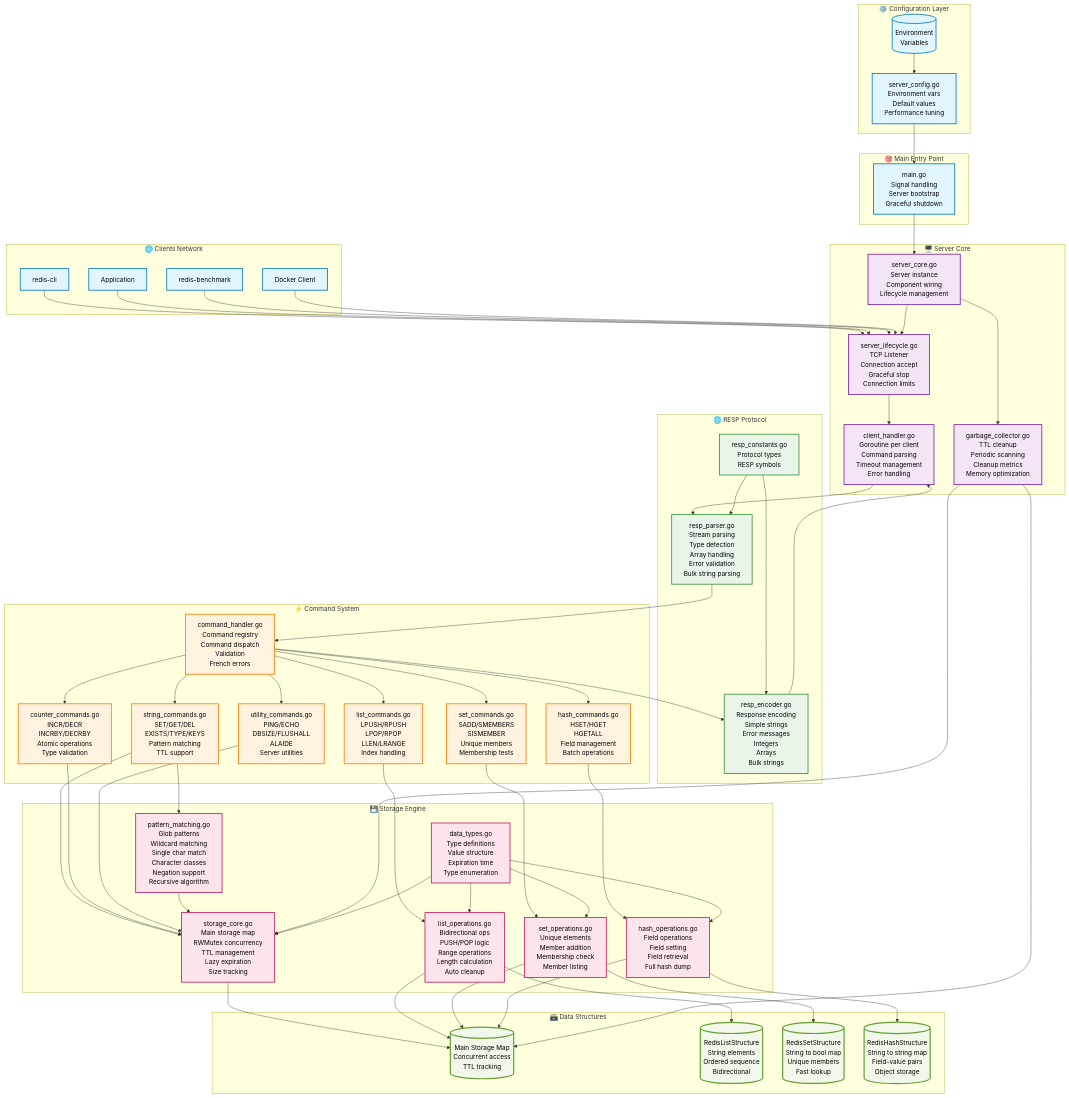
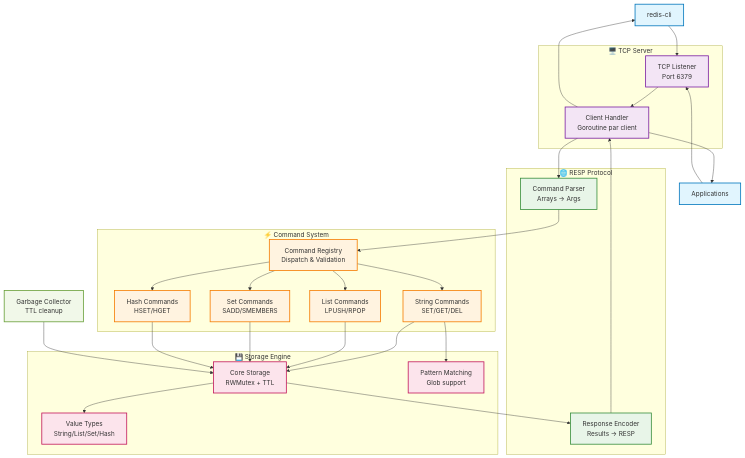
The diagram in README.md (grdnvictor/redis-test), drawn with Mermaid before and after one commit. The commit also changed other lines of this file, not shown here.

````diff
--- a/README.md
+++ b/README.md
@@ -127,164 +74,79 @@
 ```mermaid
 graph TB
-    %% === CLIENTS ET ENTREE ===
-    subgraph "🌐 Clients Network"
-        CLI[redis-cli]
-        APP[Application]
-        BENCH[redis-benchmark]
-        DOCKER[Docker Client]
+    %% Clients
+    CLI[redis-cli]
+    APP[Applications]
+    
+    %% Serveur principal
+    subgraph "🖥️ TCP Server"
+        LISTENER[TCP Listener<br/>Port 6379]
+        HANDLER[Client Handler<br/>Goroutine par client]
     end
     
-    %% === POINT D'ENTREE ===
-    subgraph "🎯 Main Entry Point"
-        MAIN["main.go<br/>Signal handling<br/>Server bootstrap<br/>Graceful shutdown"]
+    %% Protocole
+    subgraph "🌐 RESP Protocol"
+        PARSER[Command Parser<br/>Arrays → Args]
+        ENCODER[Response Encoder<br/>Results → RESP]
     end
     
-    %% === CONFIGURATION ===
-    subgraph "⚙️ Configuration Layer"
-        CONFIG["server_config.go<br/>Environment vars<br/>Default values<br/>Performance tuning"]
-        ENV[("Environment<br/>Variables")]
+    %% Commandes
+    subgraph "⚡ Command System"
+        REGISTRY[Command Registry<br/>Dispatch & Validation]
+        STRING_CMD[String Commands<br/>SET/GET/DEL]
+        LIST_CMD[List Commands<br/>LPUSH/RPOP]
+        SET_CMD[Set Commands<br/>SADD/SMEMBERS]
+        HASH_CMD[Hash Commands<br/>HSET/HGET]
     end
     
-    %% === SERVEUR PRINCIPAL ===
-    subgraph "🖥️ Server Core"
-        CORE["server_core.go<br/>Server instance<br/>Component wiring<br/>Lifecycle management"]
-        
-        LIFECYCLE["server_lifecycle.go<br/>TCP Listener<br/>Connection accept<br/>Graceful stop<br/>Connection limits"]
-        
-        HANDLER["client_handler.go<br/>Goroutine per client<br/>Command parsing<br/>Timeout management<br/>Error handling"]
-        
-        GC["garbage_collector.go<br/>TTL cleanup<br/>Periodic scanning<br/>Cleanup metrics<br/>Memory optimization"]
+    %% Stockage
+    subgraph "💾 Storage Engine"
+        CORE[Core Storage<br/>RWMutex + TTL]
+        DATATYPES[Value Types<br/>String/List/Set/Hash]
+        PATTERN[Pattern Matching<br/>Glob support]
     end
     
-    %% === PROTOCOLE RESP ===
-    subgraph "🌐 RESP Protocol"
-        CONSTANTS["resp_constants.go<br/>Protocol types<br/>RESP symbols"]
-        
-        PARSER["resp_parser.go<br/>Stream parsing<br/>Type detection<br/>Array handling<br/>Error validation<br/>Bulk string parsing"]
-        
-        ENCODER["resp_encoder.go<br/>Response encoding<br/>Simple strings<br/>Error messages<br/>Integers<br/>Arrays<br/>Bulk strings"]
-    end
+    %% Maintenance
+    GC[Garbage Collector<br/>TTL cleanup]
     
-    %% === REGISTRY DE COMMANDES ===
-    subgraph "⚡ Command System"
-        REGISTRY["command_handler.go<br/>Command registry<br/>Command dispatch<br/>Validation<br/>French errors"]
-        
-        STRING_CMD["string_commands.go<br/>SET/GET/DEL<br/>EXISTS/TYPE/KEYS<br/>Pattern matching<br/>TTL support"]
-        
-        COUNTER_CMD["counter_commands.go<br/>INCR/DECR<br/>INCRBY/DECRBY<br/>Atomic operations<br/>Type validation"]
-        
-        LIST_CMD["list_commands.go<br/>LPUSH/RPUSH<br/>LPOP/RPOP<br/>LLEN/LRANGE<br/>Index handling"]
-        
-        SET_CMD["set_commands.go<br/>SADD/SMEMBERS<br/>SISMEMBER<br/>Unique members<br/>Membership tests"]
-        
-        HASH_CMD["hash_commands.go<br/>HSET/HGET<br/>HGETALL<br/>Field management<br/>Batch operations"]
-        
-        UTIL_CMD["utility_commands.go<br/>PING/ECHO<br/>DBSIZE/FLUSHALL<br/>ALAIDE<br/>Server utilities"]
-    end
-    
-    %% === MOTEUR DE STOCKAGE ===
-    subgraph "💾 Storage Engine"
-        CORE_STORAGE["storage_core.go<br/>Main storage map<br/>RWMutex concurrency<br/>TTL management<br/>Lazy expiration<br/>Size tracking"]
-        
-        DATATYPES["data_types.go<br/>Type definitions<br/>Value structure<br/>Expiration time<br/>Type enumeration"]
-        
-        LIST_OPS["list_operations.go<br/>Bidirectional ops<br/>PUSH/POP logic<br/>Range operations<br/>Length calculation<br/>Auto cleanup"]
-        
-        SET_OPS["set_operations.go<br/>Unique elements<br/>Member addition<br/>Membership check<br/>Member listing"]
-        
-        HASH_OPS["hash_operations.go<br/>Field operations<br/>Field setting<br/>Field retrieval<br/>Full hash dump"]
-        
-        PATTERN["pattern_matching.go<br/>Glob patterns<br/>Wildcard matching<br/>Single char match<br/>Character classes<br/>Negation support<br/>Recursive algorithm"]
-    end
-    
-    %% === STRUCTURES DE DONNEES ===
-    subgraph "🗃️ Data Structures"
-        STORAGE_MAP[("Main Storage Map<br/>Concurrent access<br/>TTL tracking")]
-        
-        REDIS_LIST[("RedisListStructure<br/>String elements<br/>Ordered sequence<br/>Bidirectional")]
-        
-        REDIS_SET[("RedisSetStructure<br/>String to bool map<br/>Unique members<br/>Fast lookup")]
-        
-        REDIS_HASH[("RedisHashStructure<br/>String to string map<br/>Field-value pairs<br/>Object storage")]
-    end
-    
-    %% === FLUX PRINCIPAUX ===
-    %% Clients vers serveur
-    CLI --> LIFECYCLE
-    APP --> LIFECYCLE
-    BENCH --> LIFECYCLE
-    DOCKER --> LIFECYCLE
-    
-    %% Configuration
-    ENV --> CONFIG
-    CONFIG --> MAIN
-    MAIN --> CORE
-    
-    %% Serveur interne
-    CORE --> LIFECYCLE
-    CORE --> GC
-    LIFECYCLE --> HANDLER
-    
-    %% Protocole
+    %% Flux principal
+    CLI --> LISTENER
+    APP --> LISTENER
+    LISTENER --> HANDLER
     HANDLER --> PARSER
     PARSER --> REGISTRY
-    REGISTRY --> ENCODER
-    ENCODER --> HANDLER
     
-    %% Commandes vers storage
     REGISTRY --> STRING_CMD
-    REGISTRY --> COUNTER_CMD
     REGISTRY --> LIST_CMD
     REGISTRY --> SET_CMD
     REGISTRY --> HASH_CMD
-    REGISTRY --> UTIL_CMD
     
-    %% Storage operations
-    STRING_CMD --> CORE_STORAGE
-    COUNTER_CMD --> CORE_STORAGE
-    LIST_CMD --> LIST_OPS
-    SET_CMD --> SET_OPS
-    HASH_CMD --> HASH_OPS
-    UTIL_CMD --> CORE_STORAGE
+    STRING_CMD --> CORE
+    LIST_CMD --> CORE
+    SET_CMD --> CORE
+    HASH_CMD --> CORE
     
-    %% Pattern matching
+    CORE --> DATATYPES
     STRING_CMD --> PATTERN
-    PATTERN --> CORE_STORAGE
     
-    %% Storage vers structures
-    CORE_STORAGE --> STORAGE_MAP
-    LIST_OPS --> STORAGE_MAP
-    LIST_OPS --> REDIS_LIST
-    SET_OPS --> STORAGE_MAP
-    SET_OPS --> REDIS_SET
-    HASH_OPS --> STORAGE_MAP
-    HASH_OPS --> REDIS_HASH
+    CORE --> ENCODER
+    ENCODER --> HANDLER
+    HANDLER --> CLI
+    HANDLER --> APP
     
-    %% Garbage collection
-    GC --> CORE_STORAGE
-    GC --> STORAGE_MAP
+    GC --> CORE
     
-    %% Types et constantes
-    DATATYPES --> CORE_STORAGE
-    DATATYPES --> LIST_OPS
-    DATATYPES --> SET_OPS
-    DATATYPES --> HASH_OPS
-    CONSTANTS --> PARSER
-    CONSTANTS --> ENCODER
+    %% Styles
+    classDef client fill:#e1f5fe,stroke:#0277bd,stroke-width:2px
+    classDef server fill:#f3e5f5,stroke:#7b1fa2,stroke-width:2px
+    classDef protocol fill:#e8f5e8,stroke:#388e3c,stroke-width:2px
+    classDef command fill:#fff3e0,stroke:#f57c00,stroke-width:2px
+    classDef storage fill:#fce4ec,stroke:#c2185b,stroke-width:2px
+    classDef maintenance fill:#f1f8e9,stroke:#689f38,stroke-width:2px
     
-    %% === STYLES ===
-    classDef clientStyle fill:#e1f5fe,stroke:#0277bd,stroke-width:2px,color:#000
-    classDef serverStyle fill:#f3e5f5,stroke:#7b1fa2,stroke-width:2px,color:#000
-    classDef protocolStyle fill:#e8f5e8,stroke:#388e3c,stroke-width:2px,color:#000
-    classDef commandStyle fill:#fff3e0,stroke:#f57c00,stroke-width:2px,color:#000
-    classDef storageStyle fill:#fce4ec,stroke:#c2185b,stroke-width:2px,color:#000
-    classDef dataStyle fill:#f1f8e9,stroke:#689f38,stroke-width:3px,color:#000
-    
-    class CLI,APP,BENCH,DOCKER clientStyle
-    class MAIN,CONFIG,ENV clientStyle
-    class CORE,LIFECYCLE,HANDLER,GC serverStyle
-    class CONSTANTS,PARSER,ENCODER protocolStyle
-    class REGISTRY,STRING_CMD,COUNTER_CMD,LIST_CMD,SET_CMD,HASH_CMD,UTIL_CMD commandStyle
-    class CORE_STORAGE,DATATYPES,LIST_OPS,SET_OPS,HASH_OPS,PATTERN storageStyle
-    class STORAGE_MAP,REDIS_LIST,REDIS_SET,REDIS_HASH dataStyle
+    class CLI,APP client
+    class LISTENER,HANDLER server
+    class PARSER,ENCODER protocol
+    class REGISTRY,STRING_CMD,LIST_CMD,SET_CMD,HASH_CMD command
+    class CORE,DATATYPES,PATTERN storage
+    class GC maintenance
 ```
````
